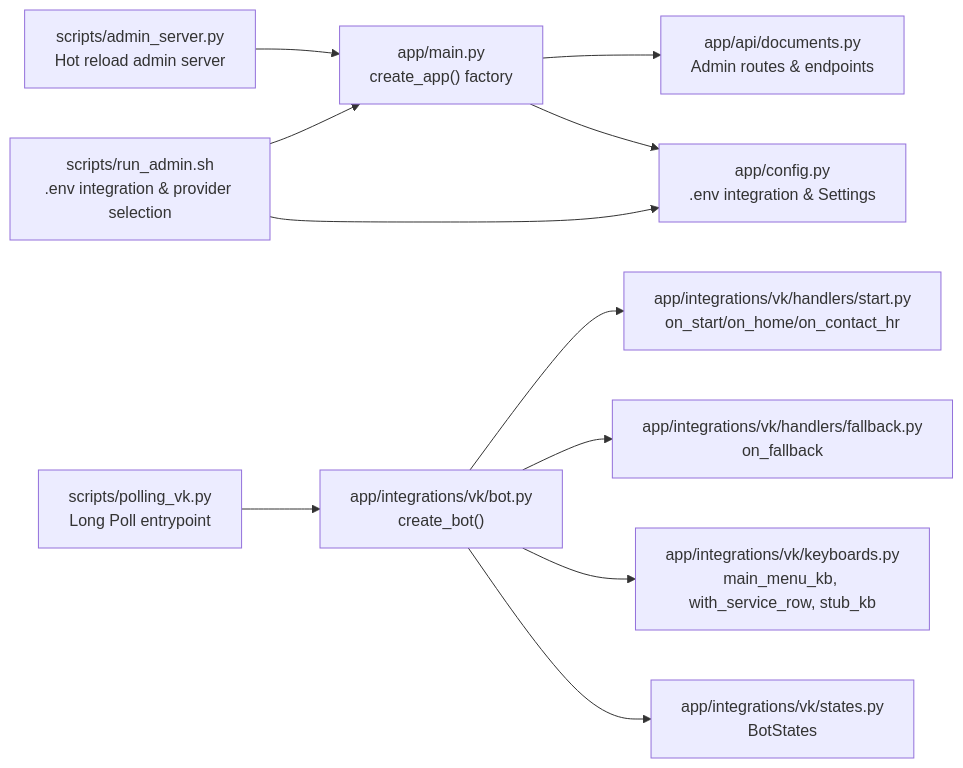
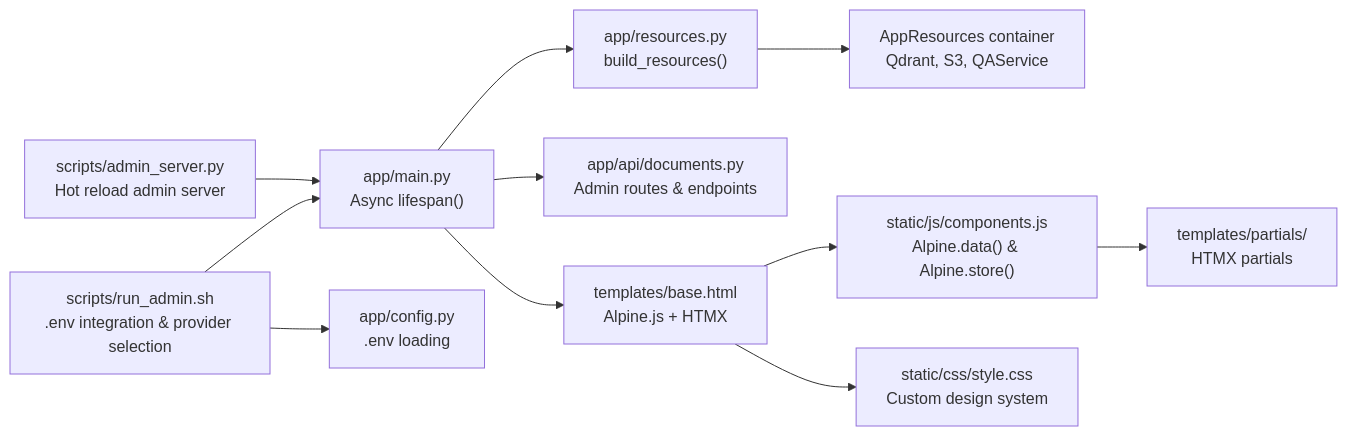
Before and after one commit to ognelis/cafetera_hr_bot: the second of 7 diagrams in .qoder/repowiki/en/content/Development Workflow/Development Workflow.md, drawn with Mermaid. The commit also changed other lines of this file and 25 other files, not shown here.

````diff
--- a/.qoder/repowiki/en/content/Development Workflow/Development Workflow.md
+++ b/.qoder/repowiki/en/content/Development Workflow/Development Workflow.md
@@ -174,13 +203,13 @@
 ```mermaid
 graph LR
-A["scripts/admin_server.py<br/>Hot reload admin server"] --> B["app/main.py<br/>create_app() factory"]
-B --> C["app/api/documents.py<br/>Admin routes & endpoints"]
-B --> D["app/config.py<br/>.env integration & Settings"]
-E["scripts/polling_vk.py<br/>Long Poll entrypoint"] --> F["app/integrations/vk/bot.py<br/>create_bot()"]
-F --> G["app/integrations/vk/handlers/start.py<br/>on_start/on_home/on_contact_hr"]
-F --> H["app/integrations/vk/handlers/fallback.py<br/>on_fallback"]
-F --> I["app/integrations/vk/keyboards.py<br/>main_menu_kb, with_service_row, stub_kb"]
-F --> J["app/integrations/vk/states.py<br/>BotStates"]
-K["scripts/run_admin.sh<br/>.env integration & provider selection"] --> D
-K --> B
+A["scripts/admin_server.py<br/>Hot reload admin server"] --> B["app/main.py<br/>Async lifespan()"]
+B --> C["app/resources.py<br/>build_resources()"]
+C --> D["AppResources container<br/>Qdrant, S3, QAService"]
+B --> E["app/api/documents.py<br/>Admin routes & endpoints"]
+B --> F["templates/base.html<br/>Alpine.js + HTMX"]
+F --> G["static/js/components.js<br/>Alpine.data() & Alpine.store()"]
+F --> H["static/css/style.css<br/>Custom design system"]
+G --> I["templates/partials/<br/>HTMX partials"]
+J["scripts/run_admin.sh<br/>.env integration & provider selection"] --> K["app/config.py<br/>.env loading"]
+J --> B
 ```
````
